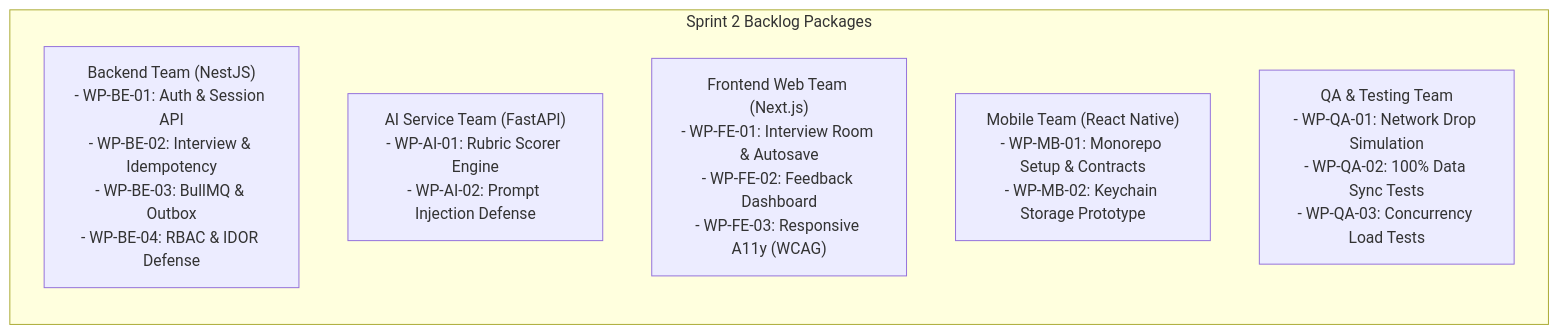
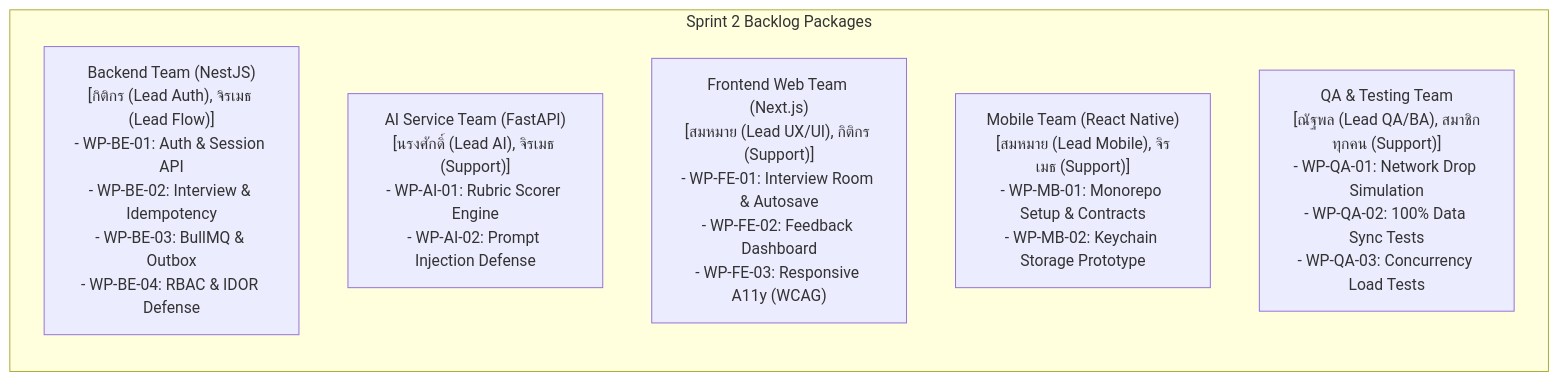
The second of 2 diagrams in docs-interviex/01_Project_Management/InterviewX_Sprint2_Team_Alignment_Brief.md (Phoomss/interviewx-datahub), drawn with Mermaid before and after one commit. The commit also changed other lines of this file and 21 other files, not shown here.

````diff
--- a/docs-interviex/01_Project_Management/InterviewX_Sprint2_Team_Alignment_Brief.md
+++ b/docs-interviex/01_Project_Management/InterviewX_Sprint2_Team_Alignment_Brief.md
@@ -144,11 +152,11 @@
 ```mermaid
 flowchart LR
     subgraph Sprint2Backlog["Sprint 2 Backlog Packages"]
         direction TB
-        BE["Backend Team (NestJS)<br/>- WP-BE-01: Auth & Session API<br/>- WP-BE-02: Interview & Idempotency<br/>- WP-BE-03: BullMQ & Outbox<br/>- WP-BE-04: RBAC & IDOR Defense"]
-        AI["AI Service Team (FastAPI)<br/>- WP-AI-01: Rubric Scorer Engine<br/>- WP-AI-02: Prompt Injection Defense"]
-        FE["Frontend Web Team (Next.js)<br/>- WP-FE-01: Interview Room & Autosave<br/>- WP-FE-02: Feedback Dashboard<br/>- WP-FE-03: Responsive A11y (WCAG)"]
-        MB["Mobile Team (React Native)<br/>- WP-MB-01: Monorepo Setup & Contracts<br/>- WP-MB-02: Keychain Storage Prototype"]
-        QA["QA & Testing Team<br/>- WP-QA-01: Network Drop Simulation<br/>- WP-QA-02: 100% Data Sync Tests<br/>- WP-QA-03: Concurrency Load Tests"]
+        BE["Backend Team (NestJS)<br/>[กิติกร (Lead Auth), จิรเมธ (Lead Flow)]<br/>- WP-BE-01: Auth & Session API<br/>- WP-BE-02: Interview & Idempotency<br/>- WP-BE-03: BullMQ & Outbox<br/>- WP-BE-04: RBAC & IDOR Defense"]
+        AI["AI Service Team (FastAPI)<br/>[นรงศักดิ์ (Lead AI), จิรเมธ (Support)]<br/>- WP-AI-01: Rubric Scorer Engine<br/>- WP-AI-02: Prompt Injection Defense"]
+        FE["Frontend Web Team (Next.js)<br/>[สมหมาย (Lead UX/UI), กิติกร (Support)]<br/>- WP-FE-01: Interview Room & Autosave<br/>- WP-FE-02: Feedback Dashboard<br/>- WP-FE-03: Responsive A11y (WCAG)"]
+        MB["Mobile Team (React Native)<br/>[สมหมาย (Lead Mobile), จิรเมธ (Support)]<br/>- WP-MB-01: Monorepo Setup & Contracts<br/>- WP-MB-02: Keychain Storage Prototype"]
+        QA["QA & Testing Team<br/>[ณัฐพล (Lead QA/BA), สมาชิกทุกคน (Support)]<br/>- WP-QA-01: Network Drop Simulation<br/>- WP-QA-02: 100% Data Sync Tests<br/>- WP-QA-03: Concurrency Load Tests"]
     end
 ```
````
